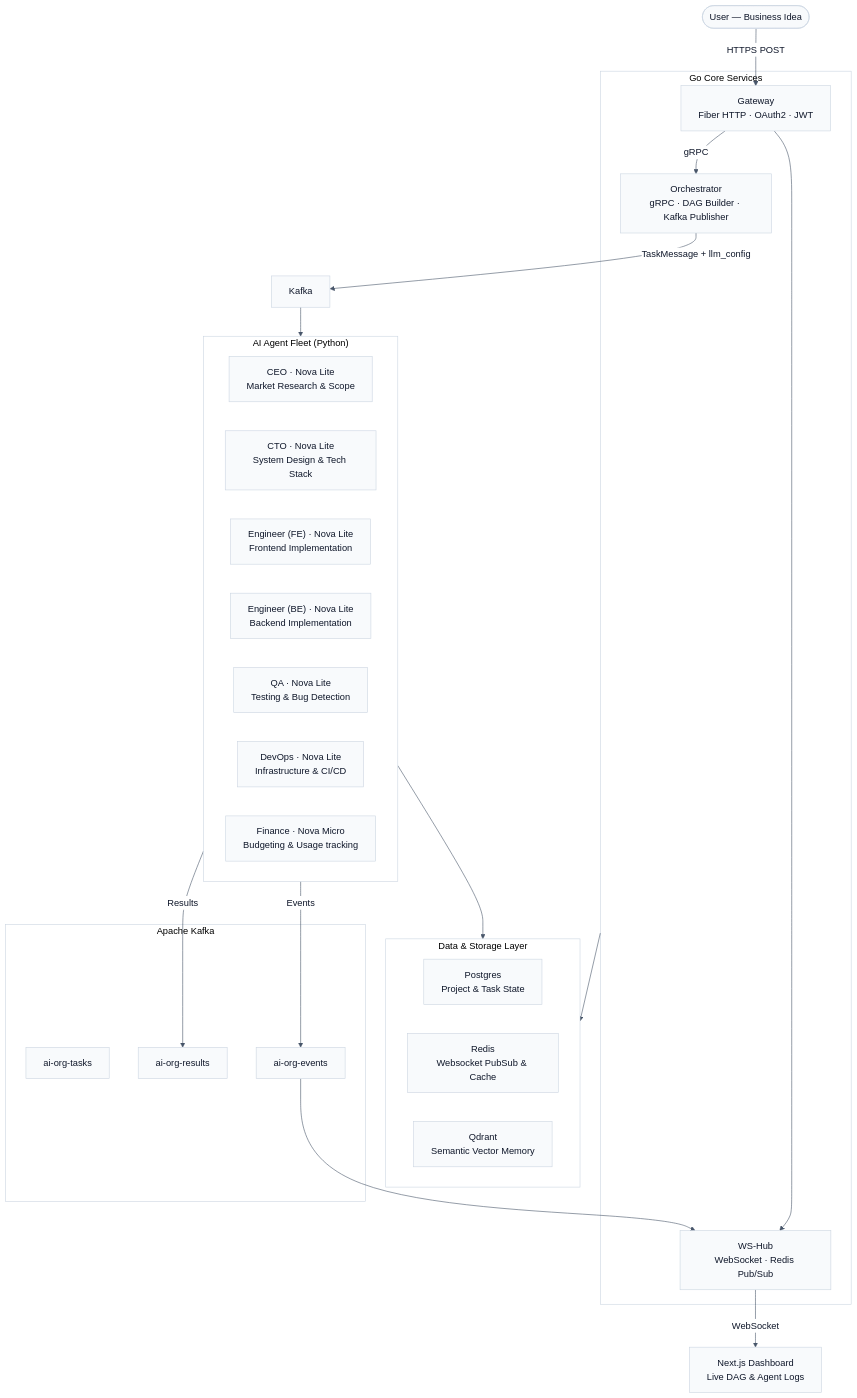
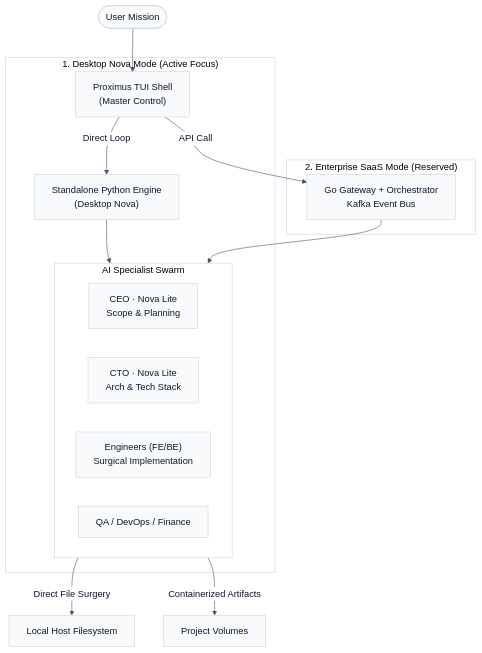
The diagram in architecture.md (DsThakurRawat/Autonomous-Multi-Agent-AI-Organization), drawn with Mermaid before and after one commit. The commit also changed other lines of this file and 15 other files, not shown here.

First line of the commit message:
feat: implement Desktop Nova workbench and harden coordination mesh

````diff
--- a/architecture.md
+++ b/architecture.md
@@ -11,47 +11,26 @@
 ```mermaid
 %%{init: {'theme': 'base', 'themeVariables': { 'background': '#ffffff', 'primaryColor': '#f8fafc', 'primaryBorderColor': '#cbd5e1', 'primaryTextColor': '#0f172a', 'lineColor': '#475569', 'clusterBkg': '#ffffff', 'clusterBorder': '#cbd5e1', 'edgeLabelBackground': '#ffffff'}}}%%
 flowchart TB
-    User(["User — Business Idea"]) -->|"HTTPS POST"| GW
-
-    subgraph GoBackend ["Go Core Services"]
-        GW["Gateway\nFiber HTTP · OAuth2 · JWT"]
-        Orch["Orchestrator\ngRPC · DAG Builder · Kafka Publisher"]
-        WS["WS-Hub\nWebSocket · Redis Pub/Sub"]
-        GW -->|"gRPC"| Orch
-        GW --> WS
+    User(["User Mission"]) --> TUI["Proximus TUI Shell\n(Master Control)"]
+    
+    subgraph Mode_Desktop ["1. Desktop Nova Mode (Active Focus)"]
+        TUI -->|"Direct Loop"| PythonOrch["Standalone Python Engine\n(Desktop Nova)"]
+        PythonOrch --> Experts
     end
 
-    Orch -->|"TaskMessage + llm_config"| Kafka
-
-    subgraph EventBus ["Apache Kafka"]
-        T["ai-org-tasks"]
-        R["ai-org-results"]
-        E["ai-org-events"]
+    subgraph Mode_SaaS ["2. Enterprise SaaS Mode (Reserved)"]
+        TUI -->|"API Call"| GoCore
+        GoCore["Go Gateway + Orchestrator\nKafka Event Bus"]
+        GoCore --> Experts
     end
 
-    Kafka --> Agents
-
-    subgraph Agents ["AI Agent Fleet (Python)"]
-        CEO["CEO · Nova Lite\nMarket Research & Scope"]
-        CTO["CTO · Nova Lite\nSystem Design & Tech Stack"]
-        ENG_FE["Engineer (FE) · Nova Lite\nFrontend Implementation"]
-        ENG_BE["Engineer (BE) · Nova Lite\nBackend Implementation"]
-        QA["QA · Nova Lite\nTesting & Bug Detection"]
-        OPS["DevOps · Nova Lite\nInfrastructure & CI/CD"]
-        FIN["Finance · Nova Micro\nBudgeting & Usage tracking"]
+    subgraph Experts ["AI Specialist Swarm"]
+        CEO["CEO · Nova Lite\nScope & Planning"]
+        CTO["CTO · Nova Lite\nArch & Tech Stack"]
+        ENG["Engineers (FE/BE)\nSurgical Implementation"]
+        Experts_More["QA / DevOps / Finance"]
     end
 
-    Agents -->|"Results"| R
-    Agents -->|"Events"| E
-    E --> WS
-
-    subgraph DataLayer ["Data & Storage Layer"]
-        DB["Postgres\nProject & Task State"]
-        Redis["Redis\nWebsocket PubSub & Cache"]
-        Qdrant["Qdrant\nSemantic Vector Memory"]
-    end
-
-    GoBackend --> DataLayer
-    Agents --> DataLayer
-    WS -->|"WebSocket"| Dash["Next.js Dashboard\nLive DAG & Agent Logs"]
+    Experts -->|"Direct File Surgery"| LocalDisk["Local Host Filesystem"]
+    Experts -->|"Containerized Artifacts"| Volumes["Project Volumes"]
 ```
````
